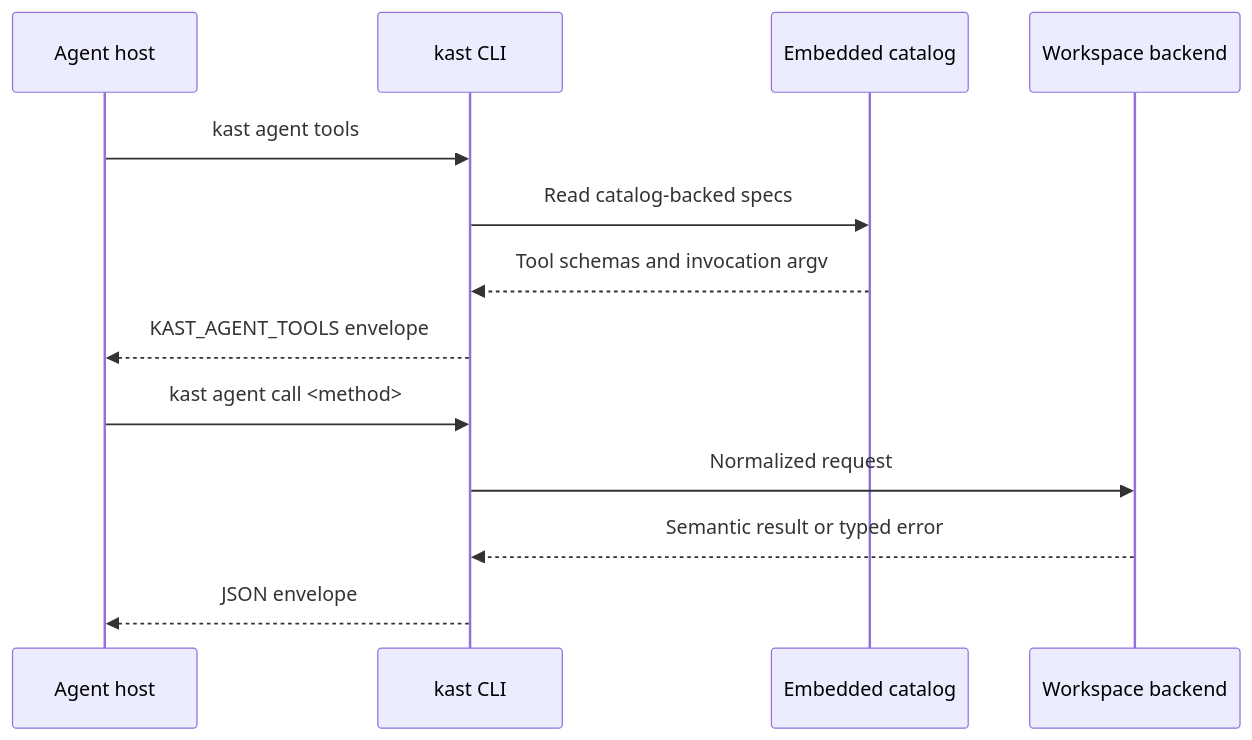
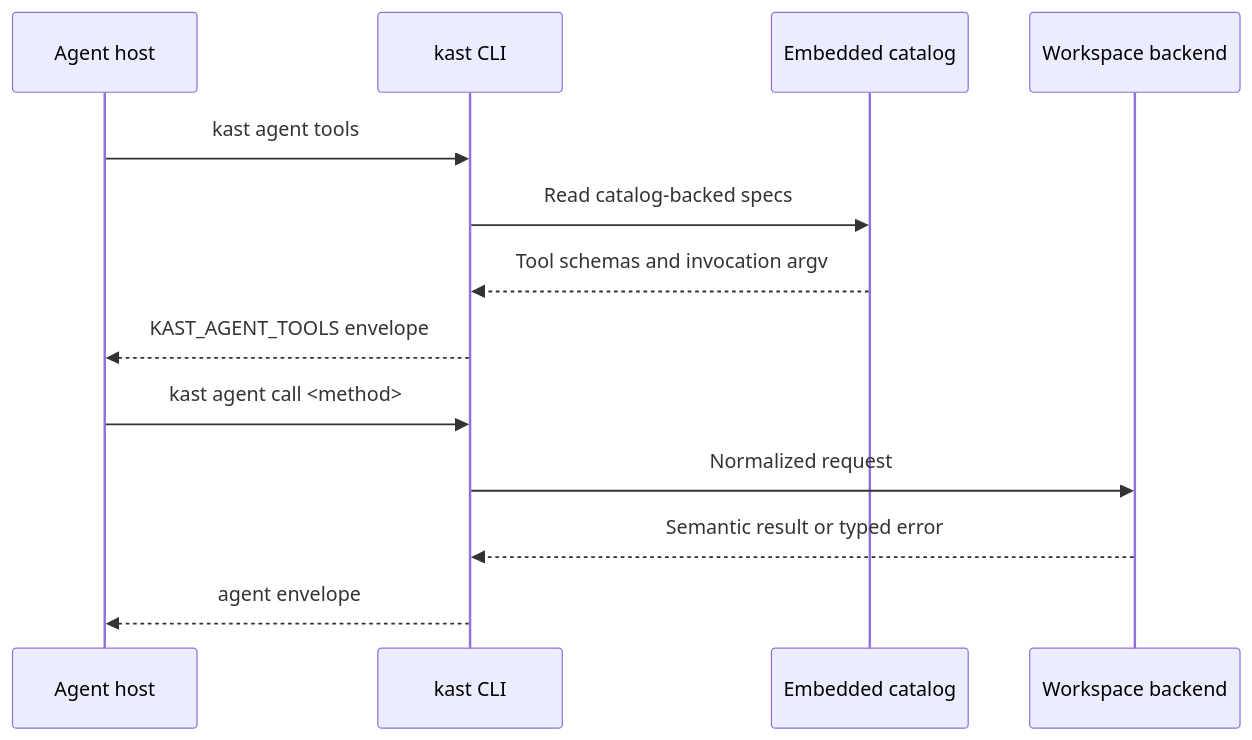
One commit to amichne/kast changed the second of 2 diagrams in docs/commands/agent.md. Above: the diagram before and after it, drawn with Mermaid. The commit also changed other lines of this file and 2 other files, not shown here.

Commit message:
docs: document toon agent output

````diff
--- a/docs/commands/agent.md
+++ b/docs/commands/agent.md
@@ -141,16 +150,16 @@
 ```mermaid
 sequenceDiagram
     participant Host as Agent host
     participant CLI as kast CLI
     participant Catalog as Embedded catalog
     participant Backend as Workspace backend
 
     Host->>CLI: kast agent tools
     CLI->>Catalog: Read catalog-backed specs
     Catalog-->>CLI: Tool schemas and invocation argv
     CLI-->>Host: KAST_AGENT_TOOLS envelope
     Host->>CLI: kast agent call <method>
     CLI->>Backend: Normalized request
     Backend-->>CLI: Semantic result or typed error
-    CLI-->>Host: JSON envelope
+    CLI-->>Host: agent envelope
 ```
````
